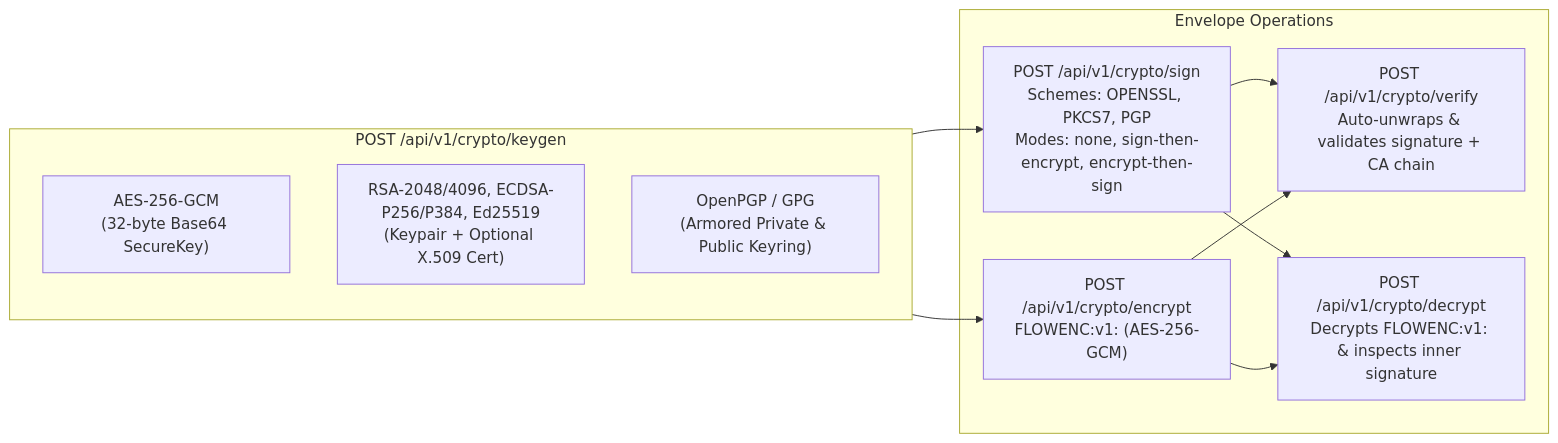
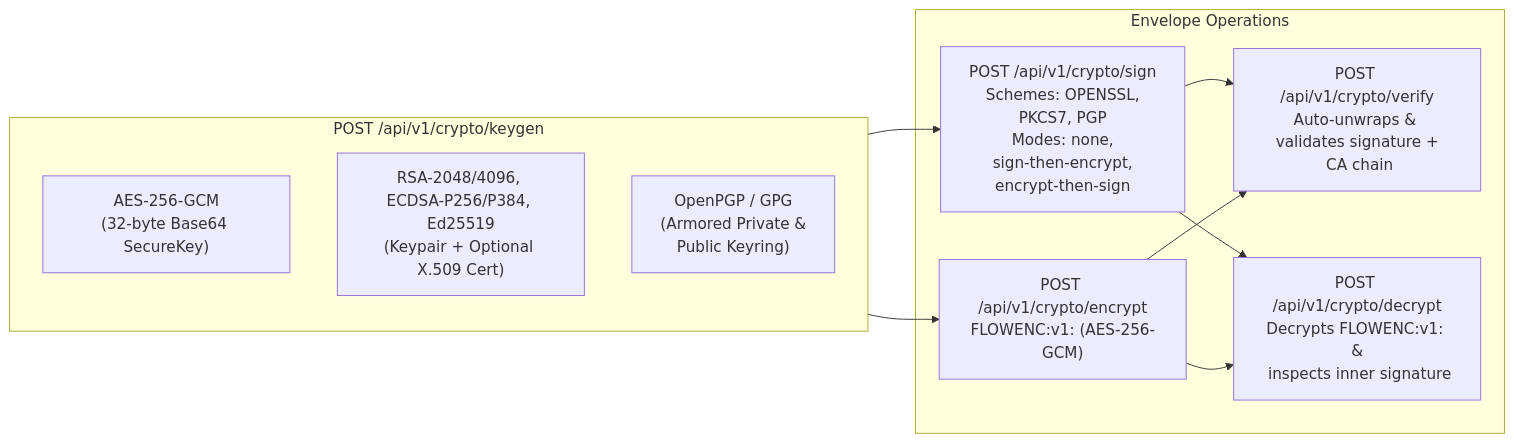
One commit to etl-madness/flow-docs changed the fifth of 5 diagrams in docs/guides/API_ENDPOINTS_REFERENCE.md. Above: the diagram before and after it, drawn with Mermaid. The commit also changed other lines of this file and 1 other file, not shown here.

Commit message:
feat: git pages, mermaid graph cleanup v3

````diff
--- a/docs/guides/API_ENDPOINTS_REFERENCE.md
+++ b/docs/guides/API_ENDPOINTS_REFERENCE.md
@@ -402,18 +402,18 @@
 ```mermaid
 flowchart LR
     subgraph Keygen["POST /api/v1/crypto/keygen"]
         KG_SYM["AES-256-GCM<br/>(32-byte Base64 SecureKey)"]
-        KG_ASYM["RSA-2048/4096, ECDSA-P256/P384, Ed25519<br/>(Keypair + Optional X.509 Cert)"]
-        KG_PGP["OpenPGP / GPG<br/>(Armored Private &amp; Public Keyring)"]
+        KG_ASYM["RSA-2048/4096, <br/>ECDSA-P256/P384, Ed25519<br/>(Keypair + Optional X.509 Cert)"]
+        KG_PGP["OpenPGP / GPG<br/>(Armored Private &amp; <br/>Public Keyring)"]
     end
 
     subgraph Envelopes["Envelope Operations"]
-        SIGN["POST /api/v1/crypto/sign<br/>Schemes: OPENSSL, PKCS7, PGP<br/>Modes: none, sign-then-encrypt, encrypt-then-sign"]
+        SIGN["POST /api/v1/crypto/sign<br/>Schemes: OPENSSL,<br/> PKCS7, PGP<br/>Modes: none, <br/>sign-then-encrypt,<br/> encrypt-then-sign"]
         ENC["POST /api/v1/crypto/encrypt<br/>FLOWENC:v1: (AES-256-GCM)"]
-        VER["POST /api/v1/crypto/verify<br/>Auto-unwraps &amp; validates signature + CA chain"]
-        DEC["POST /api/v1/crypto/decrypt<br/>Decrypts FLOWENC:v1: &amp; inspects inner signature"]
+        VER["POST /api/v1/crypto/verify<br/>Auto-unwraps &amp; <br/>validates signature +<br/> CA chain"]
+        DEC["POST /api/v1/crypto/decrypt<br/>Decrypts FLOWENC:v1: &amp;<br/> inspects inner signature"]
     end
 
     Keygen --> SIGN & ENC
     SIGN & ENC --> VER & DEC
 ```
````
